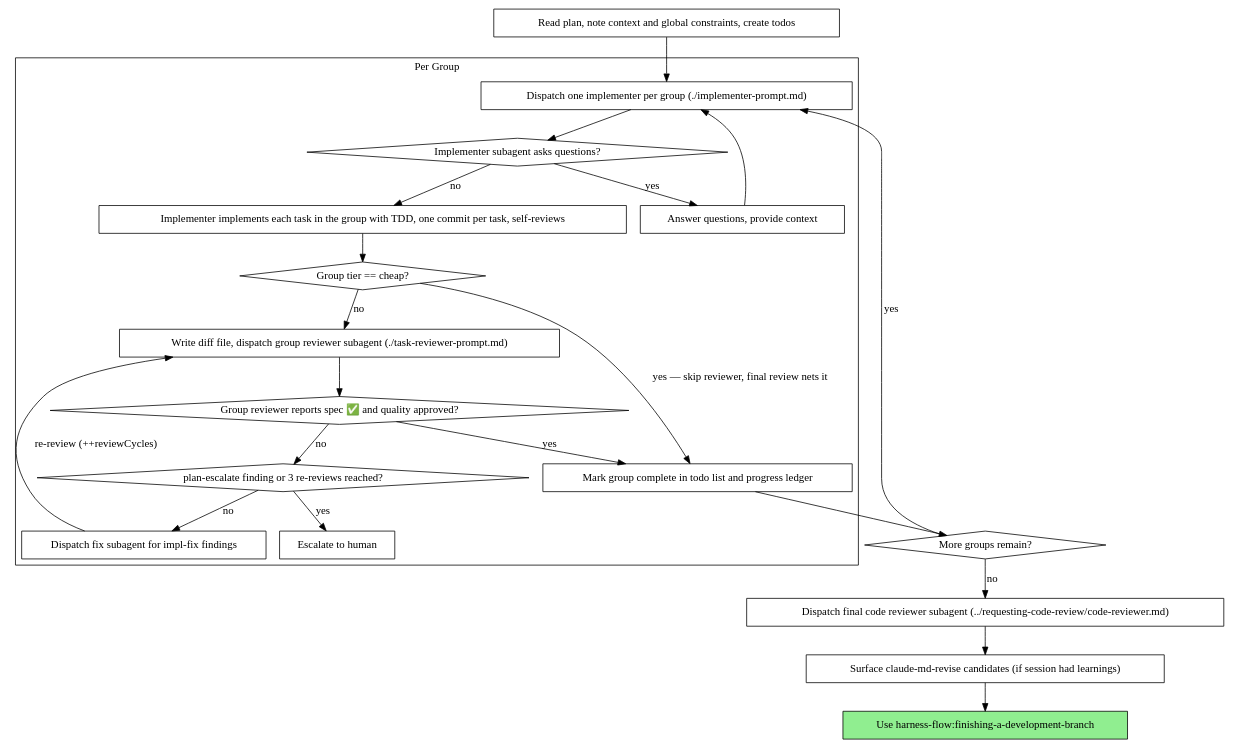
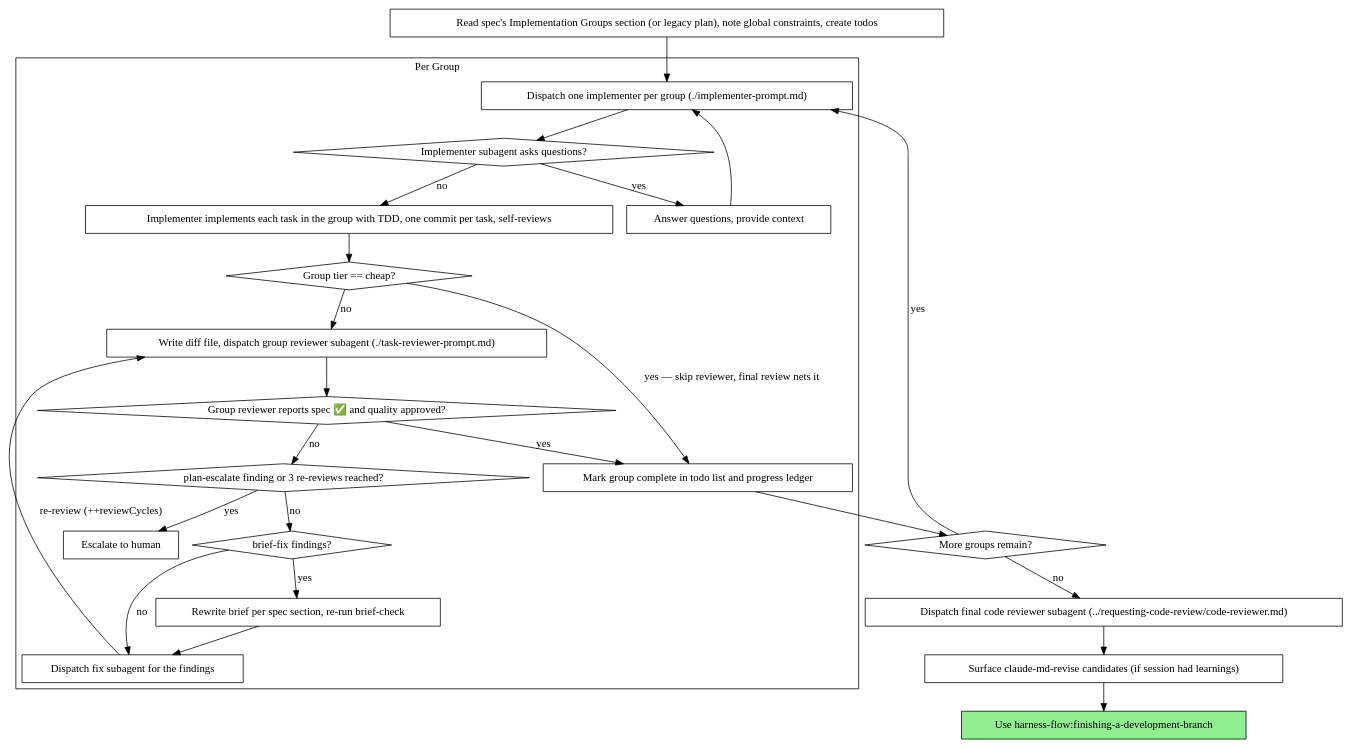
The second of 2 diagrams in skills/subagent-driven-development/SKILL.md (wonjinsin/harness-flow), drawn with Graphviz before and after one commit. The commit also changed other lines of this file and 13 other files, not shown here.

````diff
--- a/skills/subagent-driven-development/SKILL.md
+++ b/skills/subagent-driven-development/SKILL.md
@@ -56,46 +58,51 @@
 ```dot
 digraph process {
     rankdir=TB;
 
     subgraph cluster_per_group {
         label="Per Group";
         "Dispatch one implementer per group (./implementer-prompt.md)" [shape=box];
         "Implementer subagent asks questions?" [shape=diamond];
         "Answer questions, provide context" [shape=box];
         "Implementer implements each task in the group with TDD, one commit per task, self-reviews" [shape=box];
         "Group tier == cheap?" [shape=diamond];
         "Write diff file, dispatch group reviewer subagent (./task-reviewer-prompt.md)" [shape=box];
         "Group reviewer reports spec ✅ and quality approved?" [shape=diamond];
         "plan-escalate finding or 3 re-reviews reached?" [shape=diamond];
+        "brief-fix findings?" [shape=diamond];
+        "Rewrite brief per spec section, re-run brief-check" [shape=box];
         "Escalate to human" [shape=box];
-        "Dispatch fix subagent for impl-fix findings" [shape=box];
+        "Dispatch fix subagent for the findings" [shape=box];
         "Mark group complete in todo list and progress ledger" [shape=box];
     }
 
-    "Read plan, note context and global constraints, create todos" [shape=box];
+    "Read spec's Implementation Groups section (or legacy plan), note global constraints, create todos" [shape=box];
     "More groups remain?" [shape=diamond];
     "Dispatch final code reviewer subagent (../requesting-code-review/code-reviewer.md)" [shape=box];
     "Surface claude-md-revise candidates (if session had learnings)" [shape=box];
     "Use harness-flow:finishing-a-development-branch" [shape=box style=filled fillcolor=lightgreen];
 
-    "Read plan, note context and global constraints, create todos" -> "Dispatch one implementer per group (./implementer-prompt.md)";
+    "Read spec's Implementation Groups section (or legacy plan), note global constraints, create todos" -> "Dispatch one implementer per group (./implementer-prompt.md)";
     "Dispatch one implementer per group (./implementer-prompt.md)" -> "Implementer subagent asks questions?";
     "Implementer subagent asks questions?" -> "Answer questions, provide context" [label="yes"];
     "Answer questions, provide context" -> "Dispatch one implementer per group (./implementer-prompt.md)";
     "Implementer subagent asks questions?" -> "Implementer implements each task in the group with TDD, one commit per task, self-reviews" [label="no"];
     "Implementer implements each task in the group with TDD, one commit per task, self-reviews" -> "Group tier == cheap?";
     "Group tier == cheap?" -> "Mark group complete in todo list and progress ledger" [label="yes — skip reviewer, final review nets it"];
     "Group tier == cheap?" -> "Write diff file, dispatch group reviewer subagent (./task-reviewer-prompt.md)" [label="no"];
     "Write diff file, dispatch group reviewer subagent (./task-reviewer-prompt.md)" -> "Group reviewer reports spec ✅ and quality approved?";
     "Group reviewer reports spec ✅ and quality approved?" -> "plan-escalate finding or 3 re-reviews reached?" [label="no"];
     "plan-escalate finding or 3 re-reviews reached?" -> "Escalate to human" [label="yes"];
-    "plan-escalate finding or 3 re-reviews reached?" -> "Dispatch fix subagent for impl-fix findings" [label="no"];
-    "Dispatch fix subagent for impl-fix findings" -> "Write diff file, dispatch group reviewer subagent (./task-reviewer-prompt.md)" [label="re-review (++reviewCycles)"];
+    "plan-escalate finding or 3 re-reviews reached?" -> "brief-fix findings?" [label="no"];
+    "brief-fix findings?" -> "Rewrite brief per spec section, re-run brief-check" [label="yes"];
+    "Rewrite brief per spec section, re-run brief-check" -> "Dispatch fix subagent for the findings";
+    "brief-fix findings?" -> "Dispatch fix subagent for the findings" [label="no"];
+    "Dispatch fix subagent for the findings" -> "Write diff file, dispatch group reviewer subagent (./task-reviewer-prompt.md)" [label="re-review (++reviewCycles)"];
     "Group reviewer reports spec ✅ and quality approved?" -> "Mark group complete in todo list and progress ledger" [label="yes"];
     "Mark group complete in todo list and progress ledger" -> "More groups remain?";
     "More groups remain?" -> "Dispatch one implementer per group (./implementer-prompt.md)" [label="yes"];
     "More groups remain?" -> "Dispatch final code reviewer subagent (../requesting-code-review/code-reviewer.md)" [label="no"];
     "Dispatch final code reviewer subagent (../requesting-code-review/code-reviewer.md)" -> "Surface claude-md-revise candidates (if session had learnings)";
     "Surface claude-md-revise candidates (if session had learnings)" -> "Use harness-flow:finishing-a-development-branch";
 }
 ```
````
